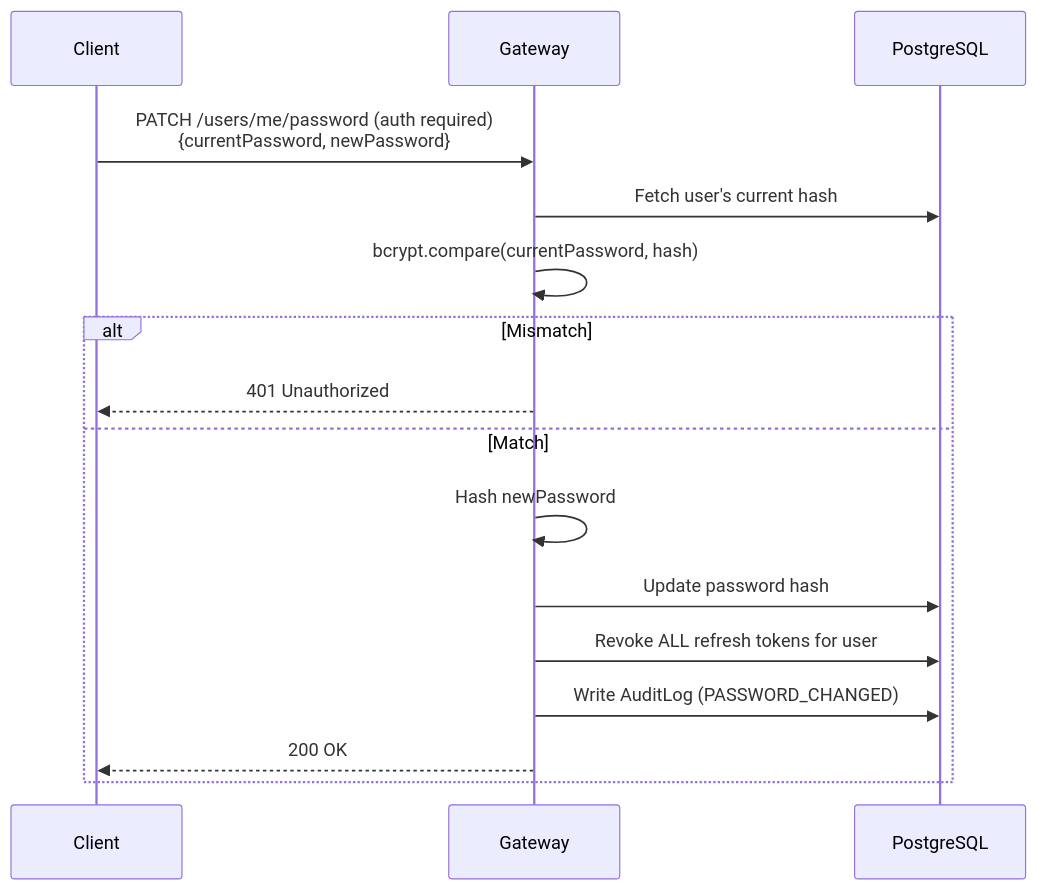
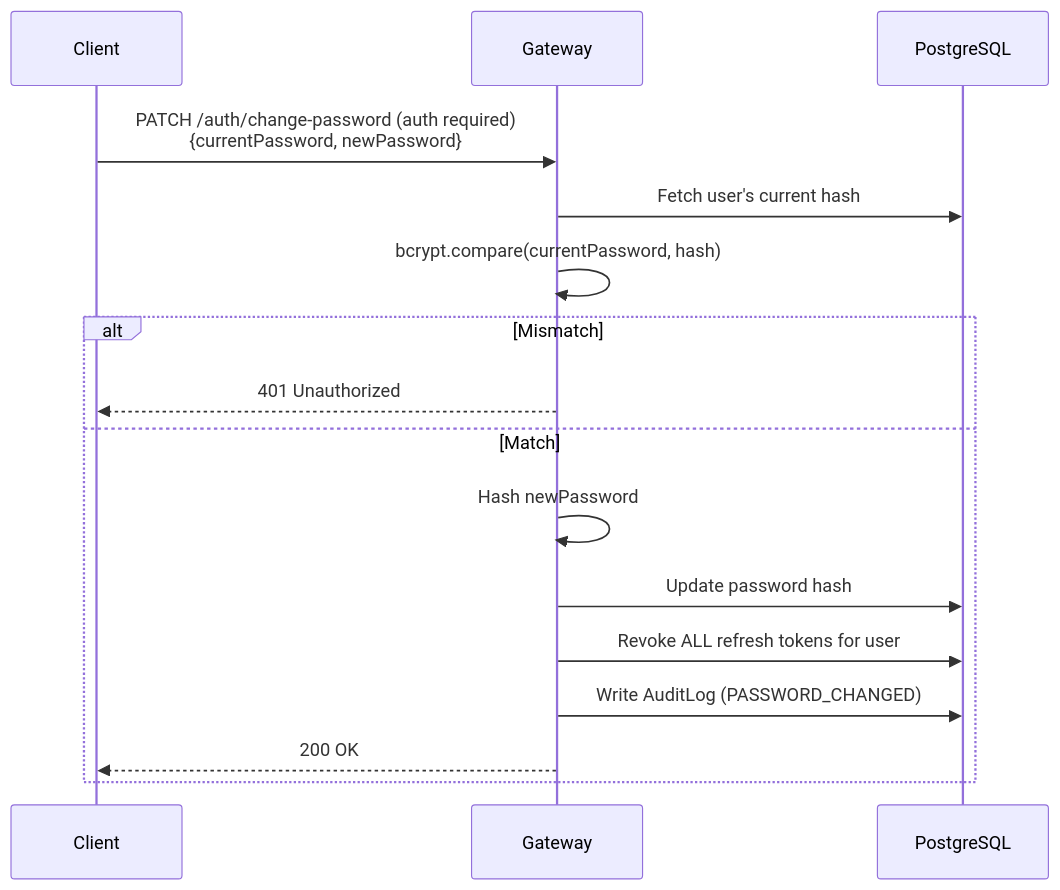
The sixth of 10 diagrams in README.md (ahmedmedhat-se/authentication-gateway), drawn with Mermaid before and after one commit. The commit also changed other lines of this file, not shown here.

````diff
--- a/README.md
+++ b/README.md
@@ -482,19 +539,19 @@
 ```mermaid
 sequenceDiagram
     participant C as Client
     participant G as Gateway
     participant DB as PostgreSQL
 
-    C->>G: PATCH /users/me/password (auth required)<br/>{currentPassword, newPassword}
+    C->>G: PATCH /auth/change-password (auth required)<br/>{currentPassword, newPassword}
     G->>DB: Fetch user's current hash
     G->>G: bcrypt.compare(currentPassword, hash)
     alt Mismatch
         G-->>C: 401 Unauthorized
     else Match
         G->>G: Hash newPassword
         G->>DB: Update password hash
         G->>DB: Revoke ALL refresh tokens for user
         G->>DB: Write AuditLog (PASSWORD_CHANGED)
         G-->>C: 200 OK
     end
 ```
````
